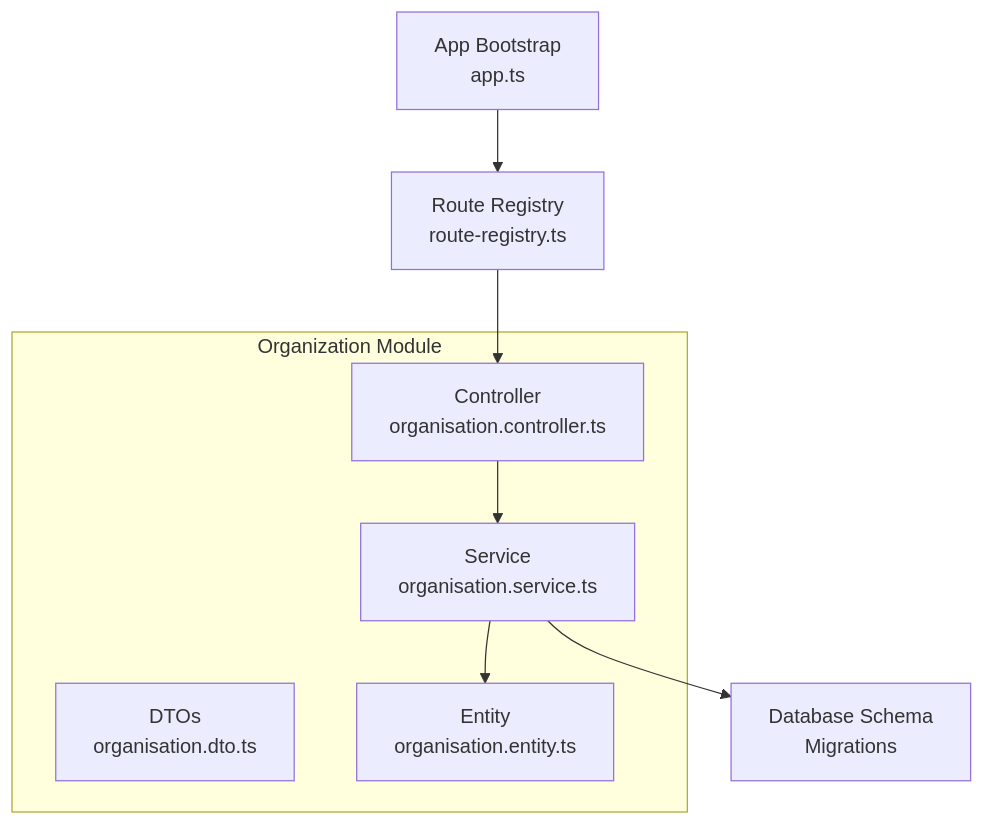
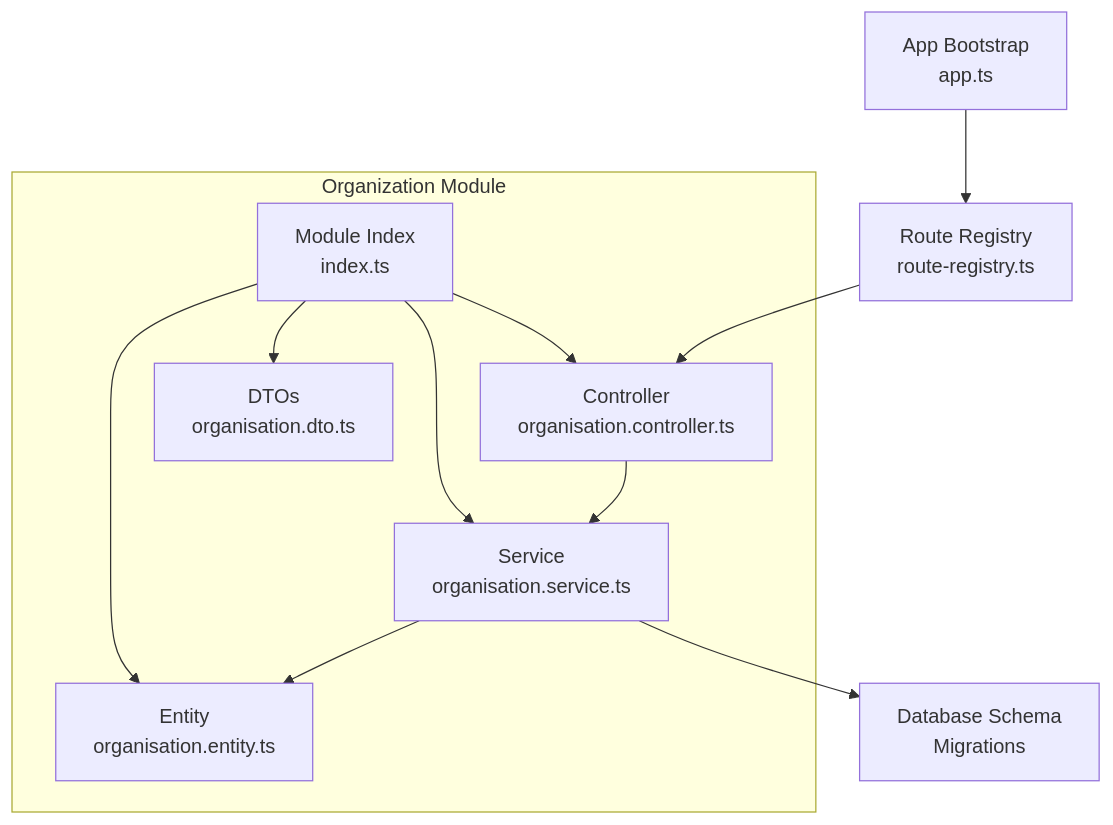
The first of 4 diagrams in .qoder/repowiki/en/content/Human Resources Management/Organization Module Architecture.md (franckylab/eLISAschool), drawn with Mermaid before and after one commit. The commit also changed other lines of this file and 19 other files, not shown here.

````diff
--- a/.qoder/repowiki/en/content/Human Resources Management/Organization Module Architecture.md
+++ b/.qoder/repowiki/en/content/Human Resources Management/Organization Module Architecture.md
@@ -44,17 +55,22 @@
 ```mermaid
 graph TB
 subgraph "Organization Module"
 C["Controller<br/>organisation.controller.ts"]
 S["Service<br/>organisation.service.ts"]
 D["DTOs<br/>organisation.dto.ts"]
 E["Entity<br/>organisation.entity.ts"]
+I["Module Index<br/>index.ts"]
 end
 R["Route Registry<br/>route-registry.ts"]
 A["App Bootstrap<br/>app.ts"]
 DB["Database Schema<br/>Migrations"]
+I --> C
+I --> S
+I --> D
+I --> E
 R --> C
 C --> S
 S --> E
 S --> DB
 A --> R
 ```
````
